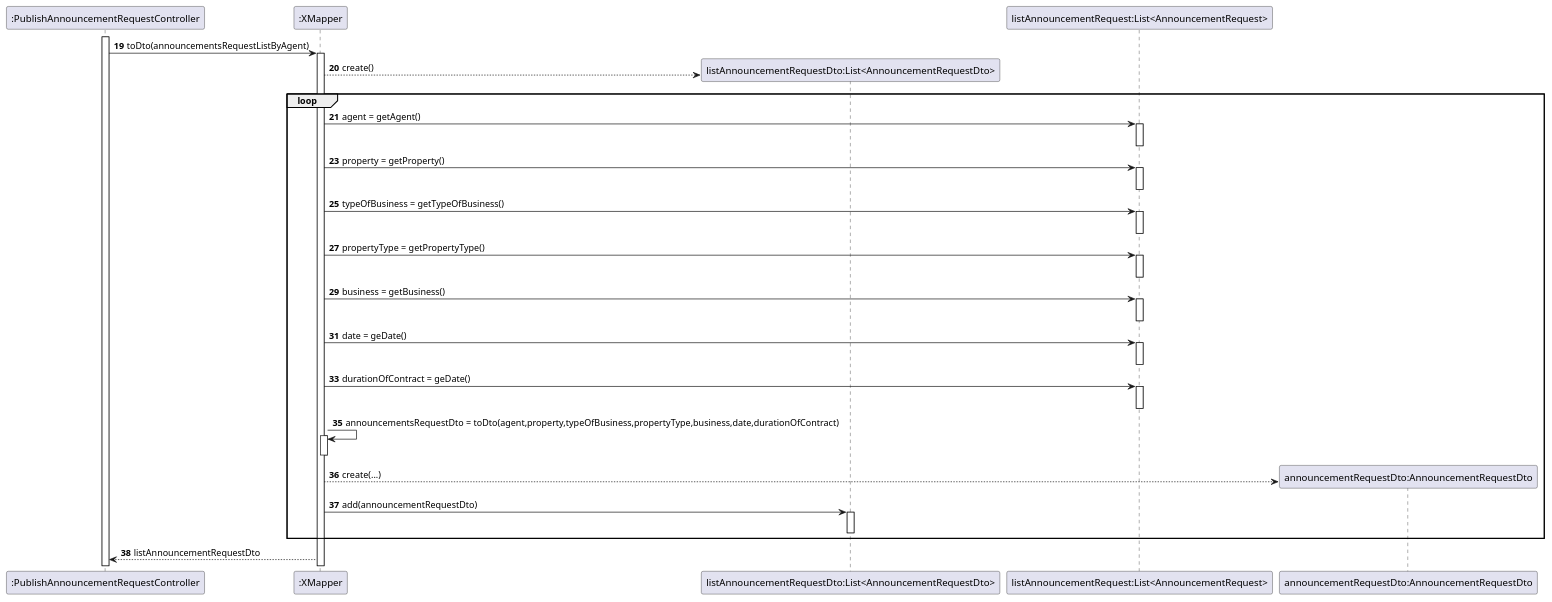
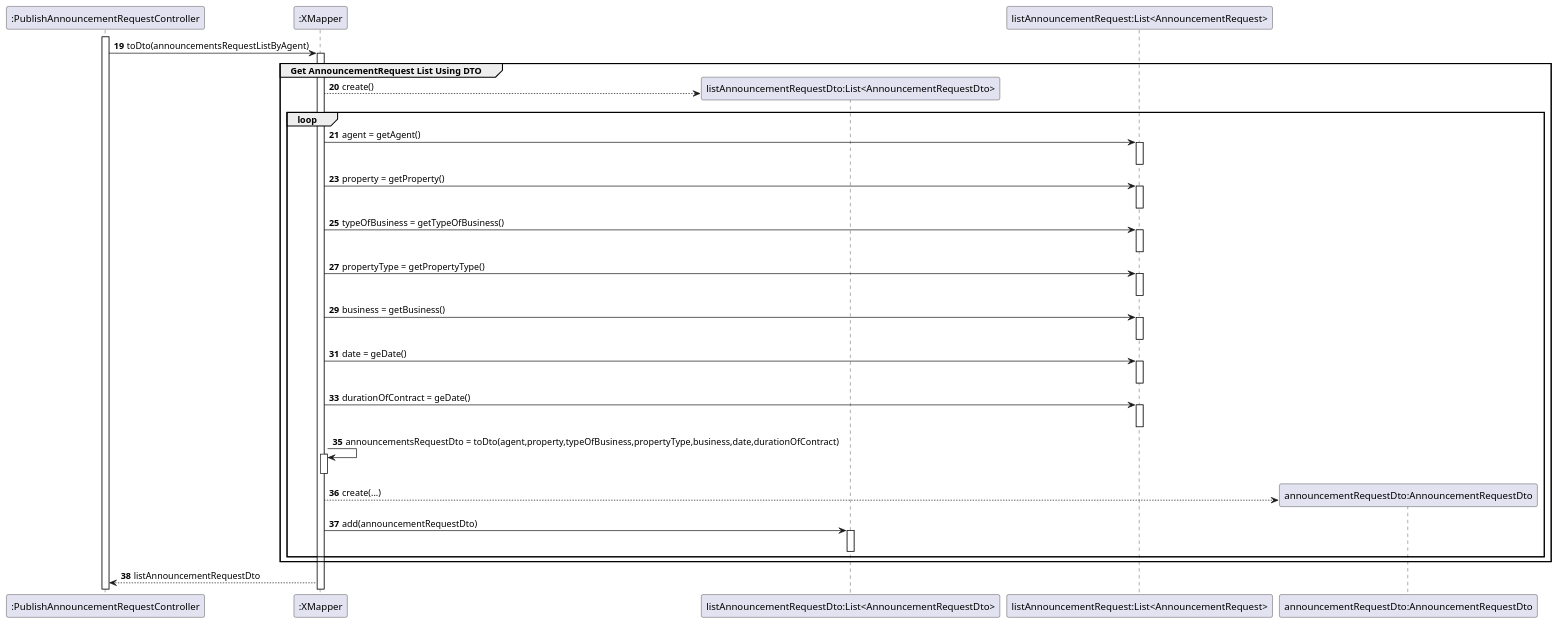
One commit to PureNimble/ISEP-LAPR2 changed the diagram in docs/sprintC/US08/03.design/puml/us08-sequence-diagram-partial-getAnnouncementRequestListDTO.puml. Above: the diagram before and after it, drawn with PlantUML. The commit also changed 8 other files, not shown here.

Commit message:
US08-Updating the partial diagrams and adding the rest of the partial diagrams correcting names of the us08-system-diagram.puml to us08-system-diagram-full.puml and us08-system-diagram-full.puml to us08-system-diagram-split.puml

```diff
--- a/docs/sprintC/US08/03.design/puml/us08-sequence-diagram-partial-getAnnouncementRequestListDTO.puml
+++ b/docs/sprintC/US08/03.design/puml/us08-sequence-diagram-partial-getAnnouncementRequestListDTO.puml
@@ -1,79 +1,81 @@
 @startuml
 'https://plantuml.com/sequence-diagram
 
 participant ":PublishAnnouncementRequestController" as PublishAnnouncementRequestController
 participant ":XMapper" as XMapper
 participant "listAnnouncementRequestDto:List<AnnouncementRequestDto>" as listAnnouncementRequestDto
 participant "listAnnouncementRequest:List<AnnouncementRequest>" as listAnnouncementRequest
 participant "announcementRequestDto:AnnouncementRequestDto" as AnnouncementRequestDto
 
 autonumber 19
 
 activate PublishAnnouncementRequestController
 
 PublishAnnouncementRequestController -> XMapper: toDto(announcementsRequestListByAgent)
 activate XMapper
+
+Group Get AnnouncementRequest List Using DTO
 
 XMapper --> listAnnouncementRequestDto**: create()
 
 loop
 
 XMapper -> listAnnouncementRequest :agent = getAgent()
 activate listAnnouncementRequest
 
 XMapper -[hidden]> listAnnouncementRequest
 deactivate listAnnouncementRequest
 
 XMapper -> listAnnouncementRequest: property = getProperty()
 activate listAnnouncementRequest
 
 XMapper -[hidden]> listAnnouncementRequest
 deactivate listAnnouncementRequest
 
 XMapper -> listAnnouncementRequest: typeOfBusiness = getTypeOfBusiness()
 activate listAnnouncementRequest
 
 XMapper -[hidden]> listAnnouncementRequest
 deactivate listAnnouncementRequest
 
 XMapper -> listAnnouncementRequest: propertyType = getPropertyType()
 activate listAnnouncementRequest
 
 XMapper -[hidden]> listAnnouncementRequest
 deactivate listAnnouncementRequest
 
 XMapper -> listAnnouncementRequest: business = getBusiness()
 activate listAnnouncementRequest
 
 XMapper -[hidden]> listAnnouncementRequest
 deactivate listAnnouncementRequest
 
 XMapper -> listAnnouncementRequest: date = geDate()
 activate listAnnouncementRequest
 
 XMapper -[hidden]> listAnnouncementRequest
 deactivate listAnnouncementRequest
 
 
 XMapper -> listAnnouncementRequest: durationOfContract = geDate()
 activate listAnnouncementRequest
 
 XMapper -[hidden]> listAnnouncementRequest
 deactivate listAnnouncementRequest
 
 XMapper -> XMapper : announcementsRequestDto = toDto(agent,property,typeOfBusiness,propertyType,business,date,durationOfContract)
 activate XMapper
 
 deactivate XMapper
 
 XMapper --> AnnouncementRequestDto**: create(...)
 
 XMapper -> listAnnouncementRequestDto: add(announcementRequestDto)
 activate listAnnouncementRequestDto
 
 deactivate listAnnouncementRequestDto
 end
-
+end
 XMapper --> PublishAnnouncementRequestController: listAnnouncementRequestDto
 
 @enduml
```
